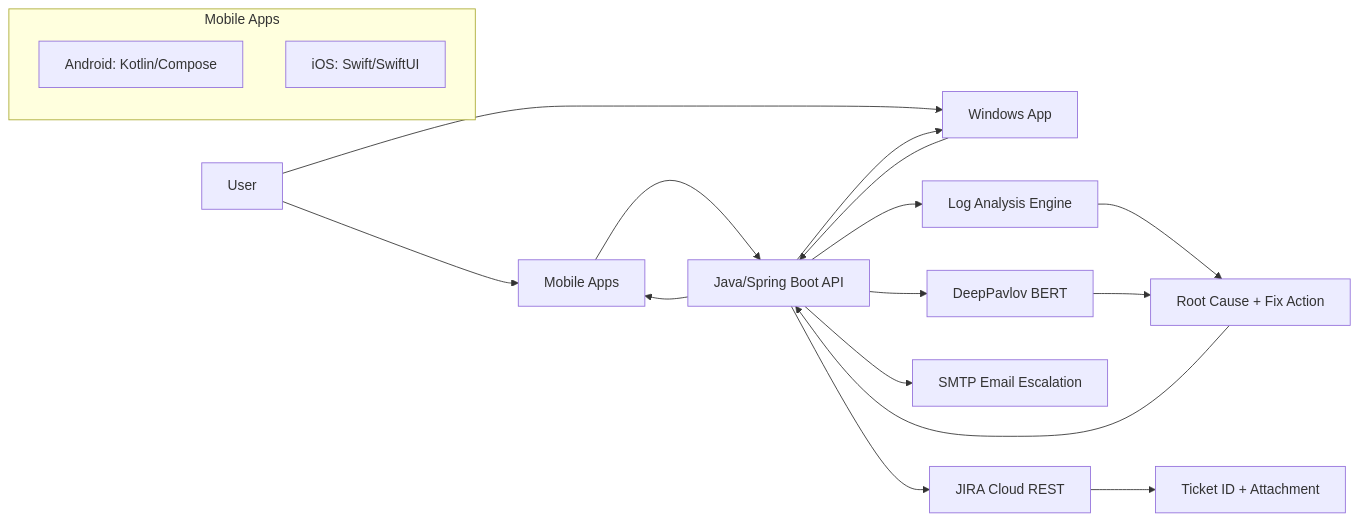
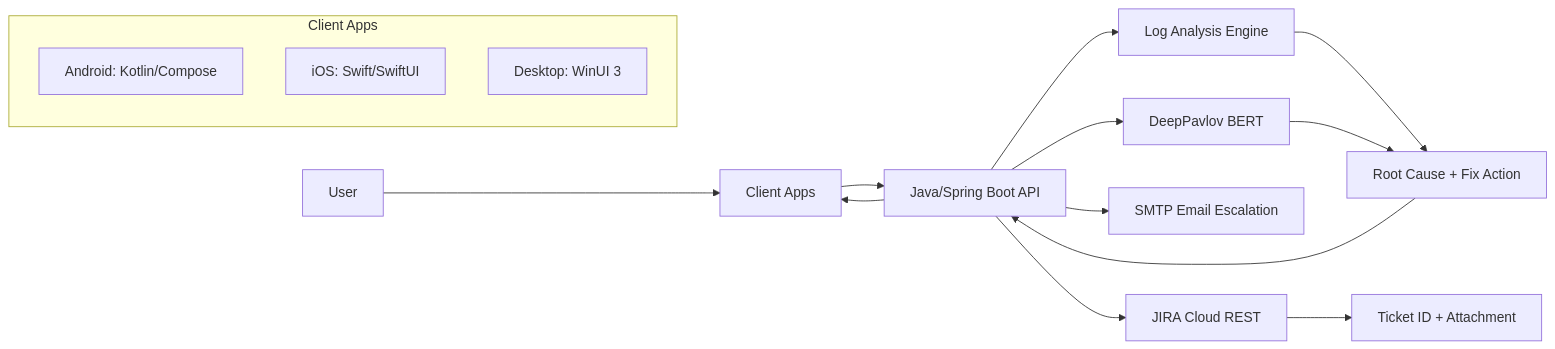
The first of 3 diagrams in docs/DIAGRAMS.md (winitramesh2/AegisAgent), drawn with Mermaid before and after one commit. The commit also changed other lines of this file and 4 other files, not shown here.

Commit message:
Unify client app terminology and simplify architecture

````diff
--- a/docs/DIAGRAMS.md
+++ b/docs/DIAGRAMS.md
@@ -4,25 +4,23 @@
 ```mermaid
 flowchart LR
-  User[User] --> Mobile[Mobile Apps]
-  User --> Windows[Windows App]
+  User[User] --> Clients[Client Apps]
 
-  subgraph Mobile Apps
+  subgraph Client Apps
     Android[Android: Kotlin/Compose]
     iOS[iOS: Swift/SwiftUI]
+    Desktop[Desktop: WinUI 3]
   end
 
-  Mobile --> API[Java/Spring Boot API]
-  Windows --> API
+  Clients --> API[Java/Spring Boot API]
 
   API --> AI[DeepPavlov BERT]
   API --> Logs[Log Analysis Engine]
   API --> Email[SMTP Email Escalation]
   API --> JIRA[JIRA Cloud REST]
 
   Logs --> Result[Root Cause + Fix Action]
   AI --> Result
   Result --> API
   JIRA --> Ticket[Ticket ID + Attachment]
-  API --> Mobile
-  API --> Windows
+  API --> Clients
 ```
````
